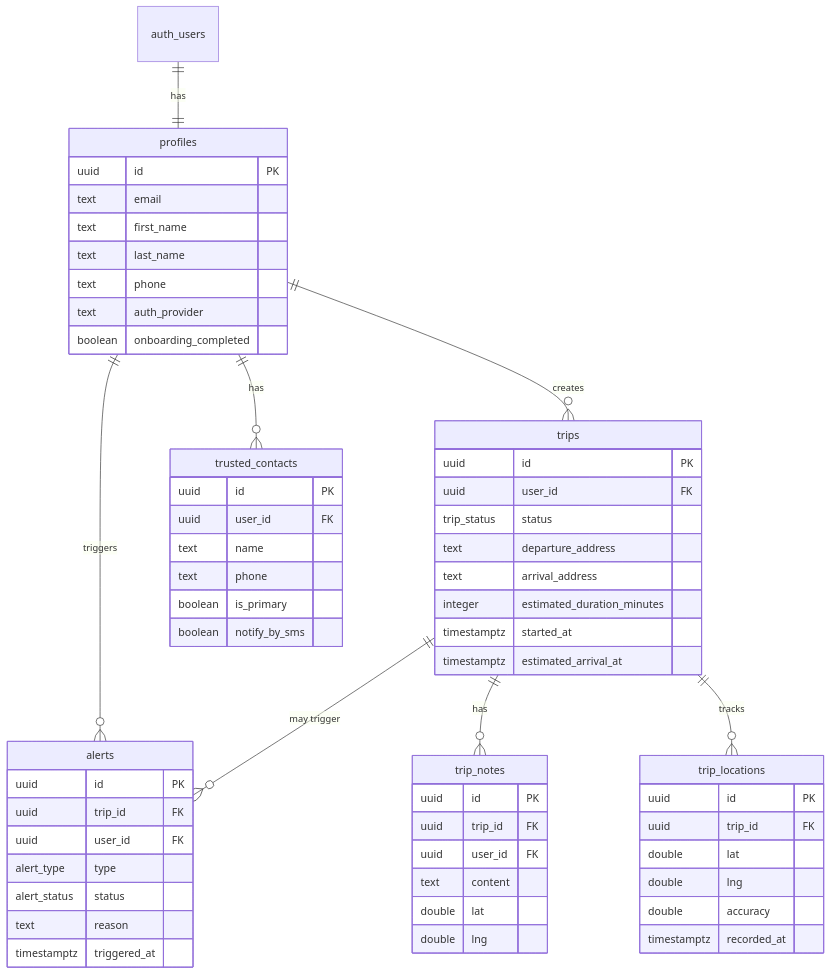
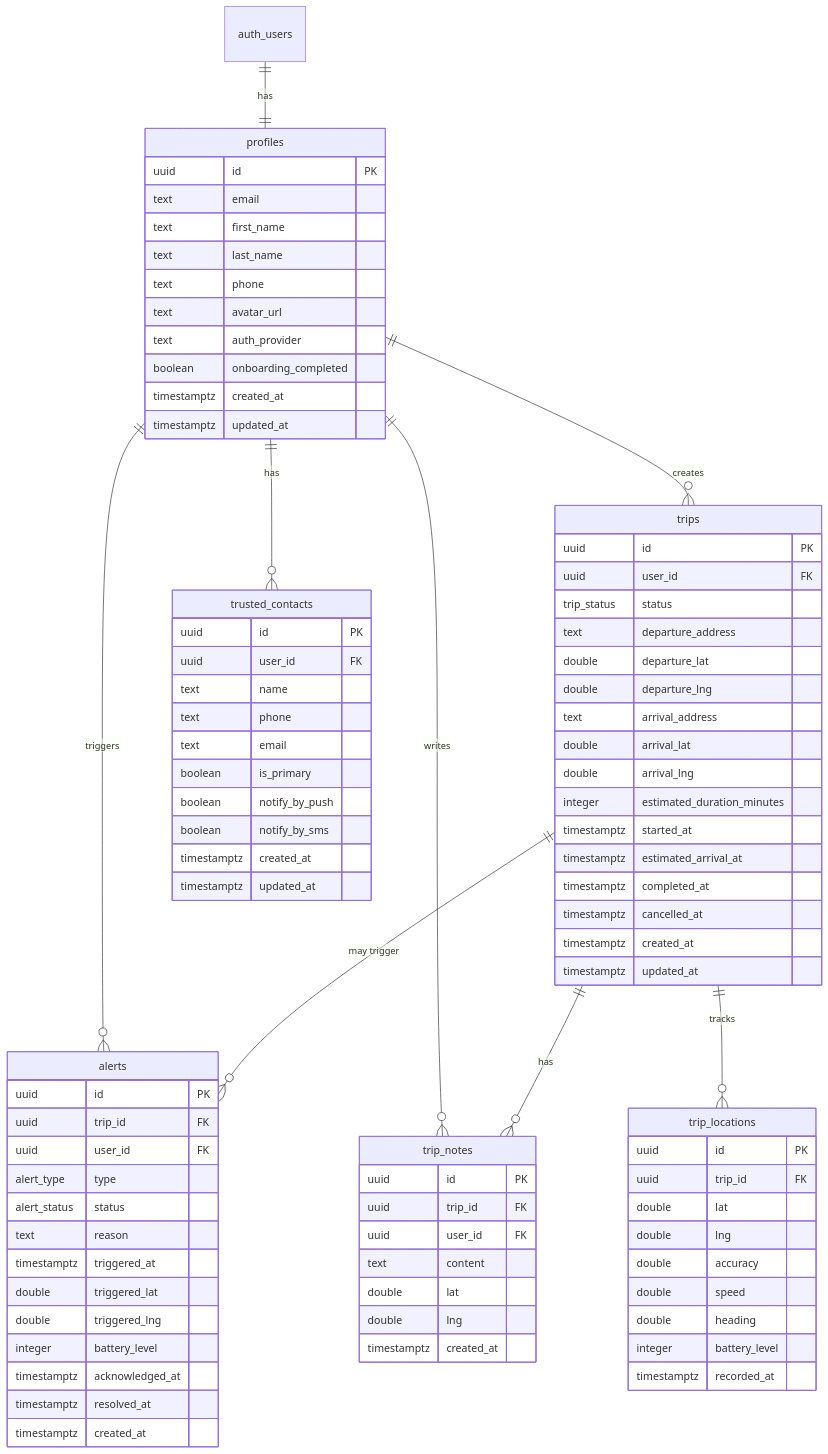
One commit to monjodav/Prudency changed the diagram in docs/database-schema.md. Above: the diagram before and after it, drawn with Mermaid. The commit also changed other lines of this file and 55 other files, not shown here.

````diff
--- a/docs/database-schema.md
+++ b/docs/database-schema.md
@@ -184,6 +345,7 @@
     profiles ||--o{ trips : "creates"
     profiles ||--o{ alerts : "triggers"
     profiles ||--o{ trusted_contacts : "has"
+    profiles ||--o{ trip_notes : "writes"
     trips ||--o{ alerts : "may trigger"
     trips ||--o{ trip_notes : "has"
     trips ||--o{ trip_locations : "tracks"
@@ -194,8 +356,11 @@
         text first_name
         text last_name
         text phone
+        text avatar_url
         text auth_provider
         boolean onboarding_completed
+        timestamptz created_at
+        timestamptz updated_at
     }
 
     trips {
@@ -203,10 +368,18 @@
         uuid user_id FK
         trip_status status
         text departure_address
+        double departure_lat
+        double departure_lng
         text arrival_address
+        double arrival_lat
+        double arrival_lng
         integer estimated_duration_minutes
         timestamptz started_at
         timestamptz estimated_arrival_at
+        timestamptz completed_at
+        timestamptz cancelled_at
+        timestamptz created_at
+        timestamptz updated_at
     }
 
     alerts {
@@ -217,6 +390,12 @@
         alert_status status
         text reason
         timestamptz triggered_at
+        double triggered_lat
+        double triggered_lng
+        integer battery_level
+        timestamptz acknowledged_at
+        timestamptz resolved_at
+        timestamptz created_at
     }
 
     trusted_contacts {
@@ -224,8 +403,12 @@
         uuid user_id FK
         text name
         text phone
+        text email
         boolean is_primary
+        boolean notify_by_push
         boolean notify_by_sms
+        timestamptz created_at
+        timestamptz updated_at
     }
 
     trip_notes {
@@ -235,6 +418,7 @@
         text content
         double lat
         double lng
+        timestamptz created_at
     }
 
     trip_locations {
@@ -243,6 +427,9 @@
         double lat
         double lng
         double accuracy
+        double speed
+        double heading
+        integer battery_level
         timestamptz recorded_at
     }
 ```
````
